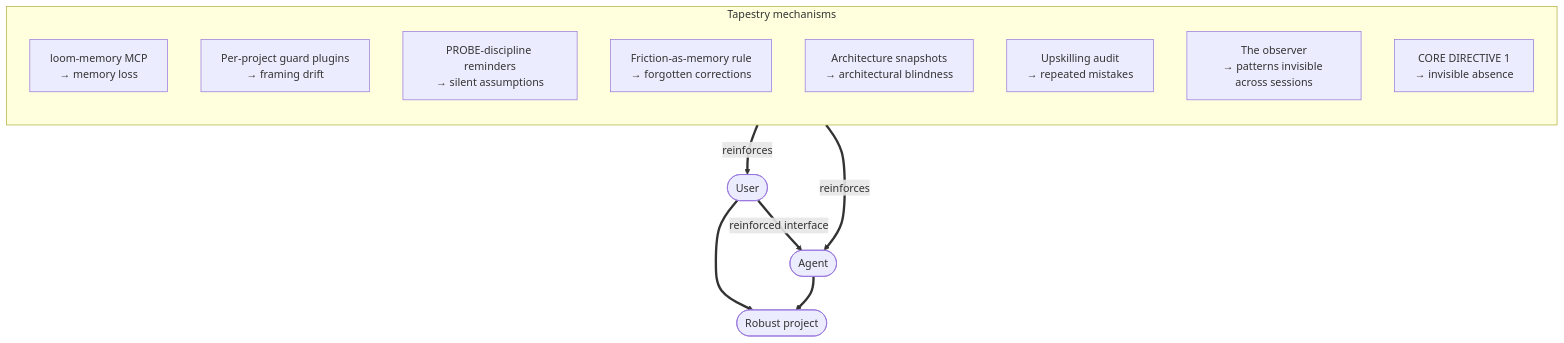
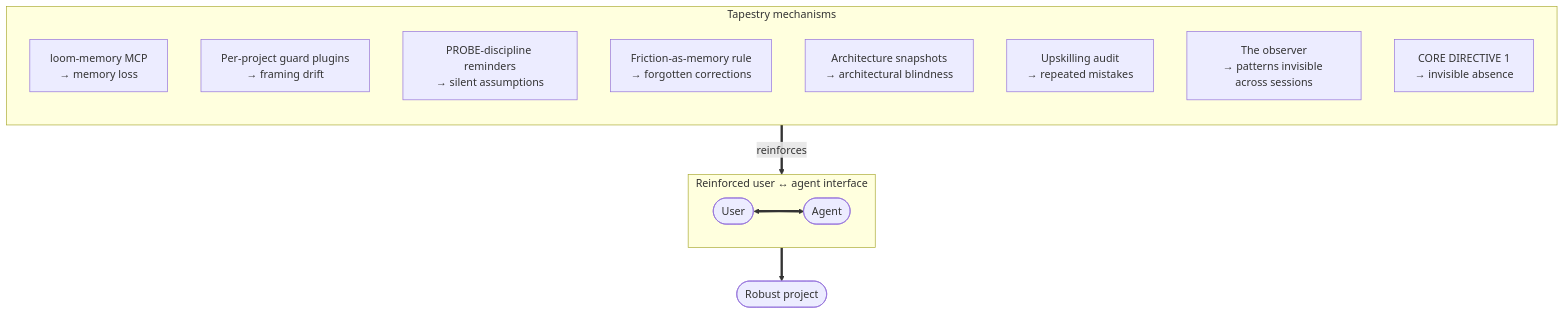
One commit to Lizo-RoadTown/tapestry changed the second of 3 diagrams in apps/docs-site/src/content/docs/start/what-stays-on-track.md. Above: the diagram before and after it, drawn with Mermaid. The commit also changed 1 other file, not shown here.

Commit message:
docs(site): v1.3.1 — fix cramped User/Agent triangle in reinforcement diagrams
The reinforcement diagrams on the Start-here and discipline-stack pages
had the same problem: in TB orientation, USER ↔ AGENT with a
'reinforced interface' edge between them caused mermaid to stack the
User, Agent, and Robust project nodes in a tiny vertical column.

Fix: wrap User and Agent in their own subgraph with direction LR so
they render side-by-side, and let the outer TB flow be
TAPESTRY → IFACE → Robust project.

````diff
--- a/apps/docs-site/src/content/docs/start/what-stays-on-track.md
+++ b/apps/docs-site/src/content/docs/start/what-stays-on-track.md
@@ -36,24 +36,26 @@
 ```mermaid
 flowchart TB
-  USER([User])
-  AGENT([Agent])
-  PROJECT([Robust project])
-
   subgraph TAPESTRY["Tapestry mechanisms"]
     direction TB
     M1["loom-memory MCP<br/>→ memory loss"]
     M2["Per-project guard plugins<br/>→ framing drift"]
     M3["PROBE-discipline reminders<br/>→ silent assumptions"]
     M4["Friction-as-memory rule<br/>→ forgotten corrections"]
     M5["Architecture snapshots<br/>→ architectural blindness"]
     M6["Upskilling audit<br/>→ repeated mistakes"]
     M7["The observer<br/>→ patterns invisible across sessions"]
     M8["CORE DIRECTIVE 1<br/>→ invisible absence"]
   end
 
-  TAPESTRY ==>|"reinforces"| USER
-  TAPESTRY ==>|"reinforces"| AGENT
-  USER ==>|"reinforced interface"| AGENT
-  USER ==> PROJECT
-  AGENT ==> PROJECT
+  subgraph IFACE["Reinforced user ↔ agent interface"]
+    direction LR
+    USER([User])
+    AGENT([Agent])
+    USER <==> AGENT
+  end
+
+  PROJECT([Robust project])
+
+  TAPESTRY ==>|"reinforces"| IFACE
+  IFACE ==> PROJECT
 ```
````
